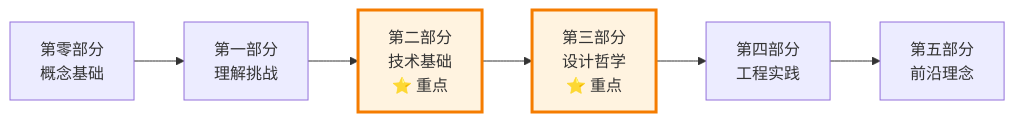
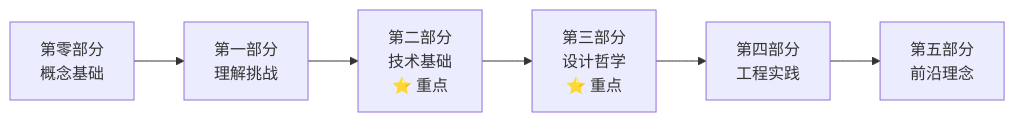
One commit to youyoude/agi-app-dev-guide-book changed the third of 7 diagrams in 前言部分/如何使用本书.md. Above: the diagram before and after it, drawn with Mermaid. The commit also changed other lines of this file and 4 other files, not shown here.

````diff
--- a/前言部分/如何使用本书.md
+++ b/前言部分/如何使用本书.md
@@ -118,11 +103,9 @@
 ```mermaid
 graph LR
     A[第零部分<br/>概念基础] --> B[第一部分<br/>理解挑战]
     B --> C[第二部分<br/>技术基础<br/>⭐ 重点]
     C --> D[第三部分<br/>设计哲学<br/>⭐ 重点]
     D --> E[第四部分<br/>工程实践]
     E --> F[第五部分<br/>前沿理念]
     
-    classDef important fill:#fff3e0,stroke:#f57c00,stroke-width:3px
-    class C,D important
 ```
````
